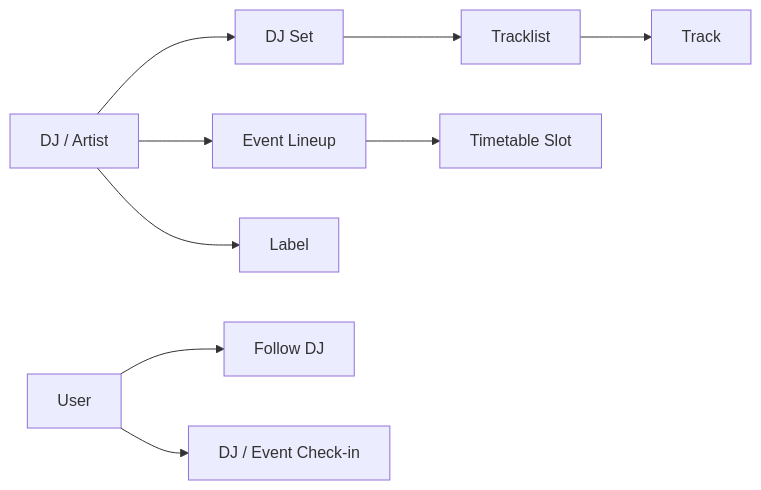
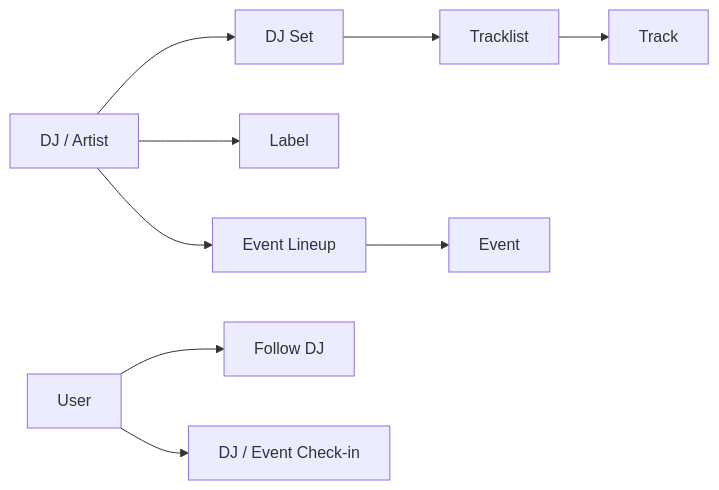
The second of 5 diagrams in docs/RAVER_PLATFORM_ARCHITECTURE.md (BlackiePiggy/raver), drawn with Mermaid before and after one commit. The commit also changed other lines of this file and 174 other files, not shown here.

````diff
--- a/docs/RAVER_PLATFORM_ARCHITECTURE.md
+++ b/docs/RAVER_PLATFORM_ARCHITECTURE.md
@@ -297,11 +336,11 @@
 ```mermaid
 flowchart LR
     DJ["DJ / Artist"] --> Set["DJ Set"]
     Set --> Tracklist["Tracklist"]
     Tracklist --> Track["Track"]
-    DJ --> Event["Event Lineup"]
     DJ --> Label["Label"]
-    Event --> Timetable["Timetable Slot"]
-    User["User"] --> Follow["Follow DJ"]
+    DJ --> Lineup["Event Lineup"]
+    Lineup --> Event["Event"]
+    User["User"] --> FollowDJ["Follow DJ"]
     User --> Checkin["DJ / Event Check-in"]
 ```
````
